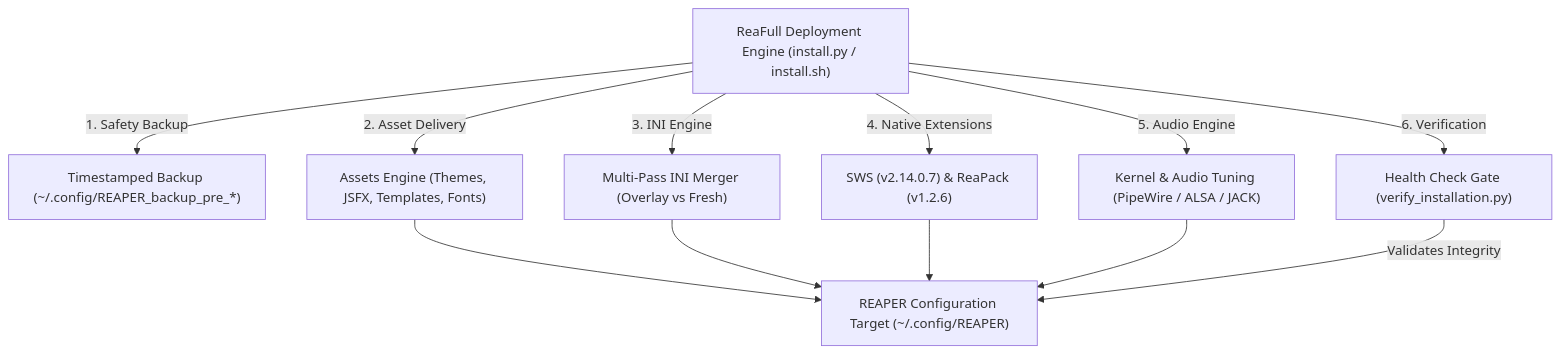
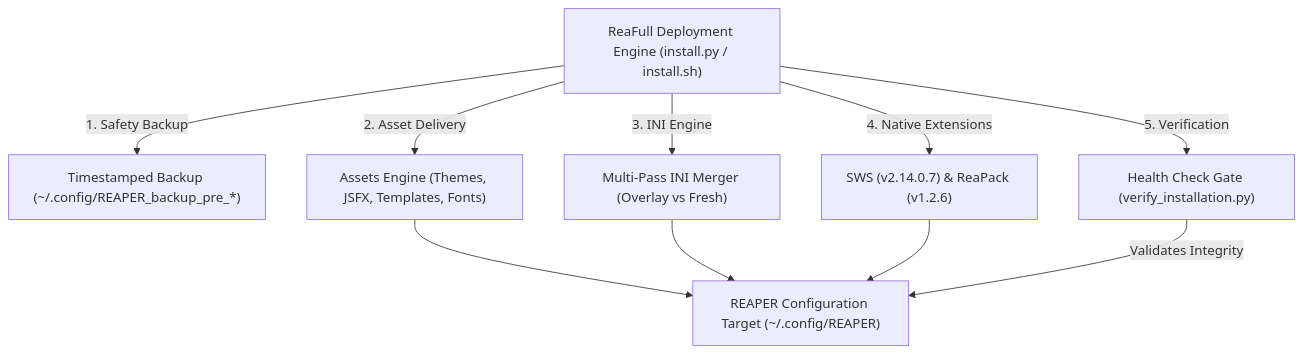
The diagram in docs/wiki/index.md (julesklord/ReaFull), drawn with Mermaid before and after one commit. The commit also changed other lines of this file and 12 other files, not shown here.

````diff
--- a/docs/wiki/index.md
+++ b/docs/wiki/index.md
@@ -16,18 +16,16 @@
 ```mermaid
 graph TD
     Installer["ReaFull Deployment Engine (install.py / install.sh)"]
     ReaperTarget["REAPER Configuration Target (~/.config/REAPER)"]
     
     Installer -->|"1. Safety Backup"| Backup["Timestamped Backup (~/.config/REAPER_backup_pre_*)"]
     Installer -->|"2. Asset Delivery"| Assets["Assets Engine (Themes, JSFX, Templates, Fonts)"]
     Installer -->|"3. INI Engine"| Merge["Multi-Pass INI Merger (Overlay vs Fresh)"]
     Installer -->|"4. Native Extensions"| Exts["SWS (v2.14.0.7) & ReaPack (v1.2.6)"]
-    Installer -->|"5. Audio Engine"| Tuning["Kernel & Audio Tuning (PipeWire / ALSA / JACK)"]
-    Installer -->|"6. Verification"| Verifier["Health Check Gate (verify_installation.py)"]
+    Installer -->|"5. Verification"| Verifier["Health Check Gate (verify_installation.py)"]
     
     Assets --> ReaperTarget
     Merge --> ReaperTarget
     Exts --> ReaperTarget
-    Tuning --> ReaperTarget
     Verifier -->|"Validates Integrity"| ReaperTarget
 ```
````
